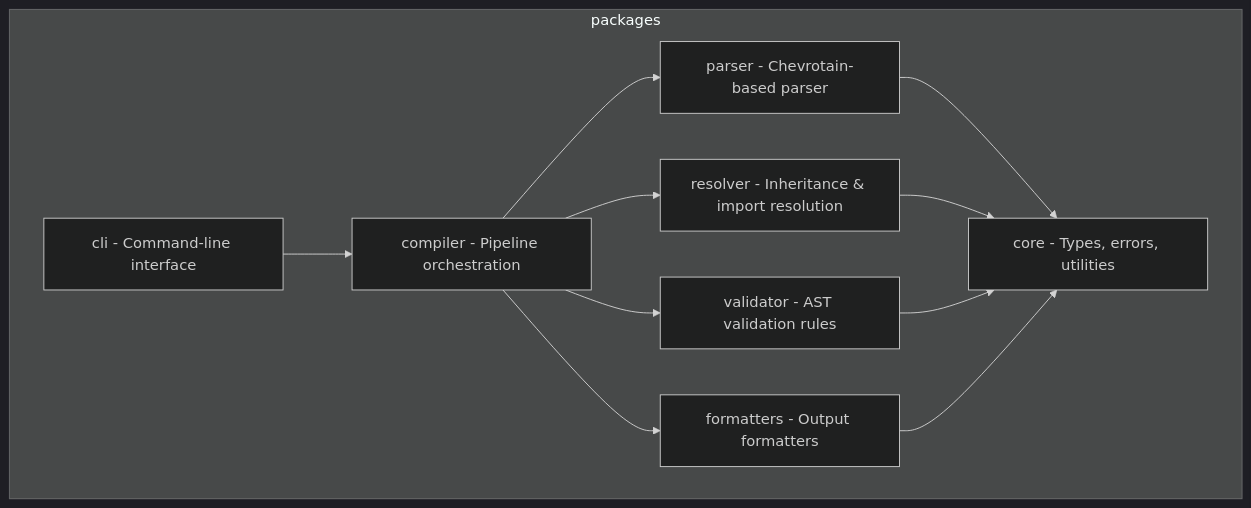
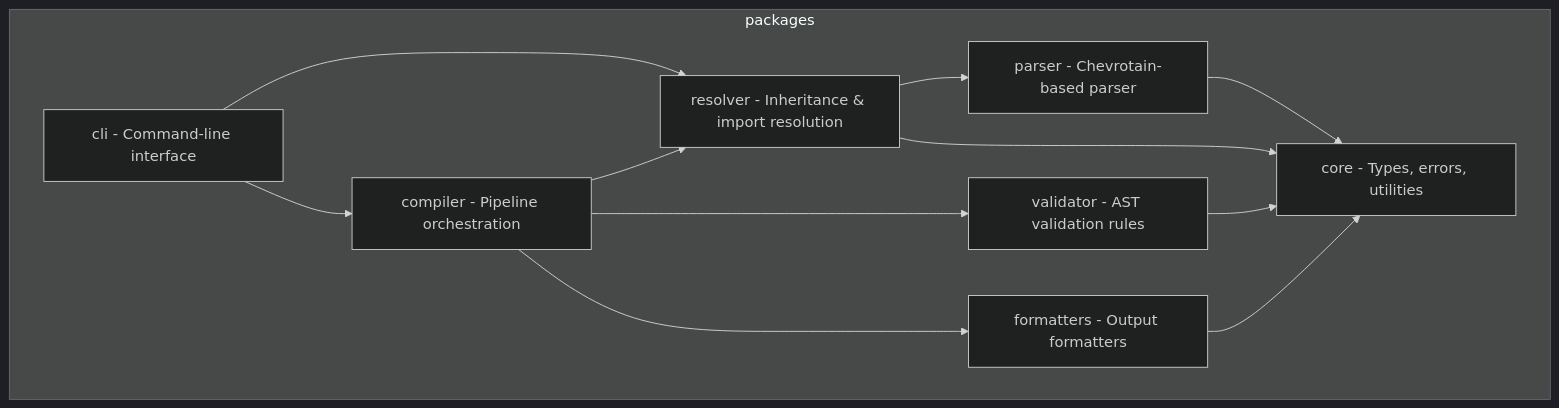
The first of 2 diagrams in .agent/rules/project.md (mrwogu/promptscript), drawn with Mermaid (dark theme) before and after one commit. The commit also changed other lines of this file and 4 other files, not shown here.

First line of the commit message:
fix(docs): correct architecture diagram dependencies

````diff
--- a/.agent/rules/project.md
+++ b/.agent/rules/project.md
@@ -66,22 +66,23 @@
 ```mermaid
 flowchart TB
   subgraph packages
     core[core - Types, errors, utilities]
     parser[parser - Chevrotain-based parser]
     resolver[resolver - Inheritance & import resolution]
     validator[validator - AST validation rules]
     compiler[compiler - Pipeline orchestration]
     formatters[formatters - Output formatters]
     cli[cli - Command-line interface]
   end
 
   cli --> compiler
-  compiler --> parser
+  cli --> resolver
   compiler --> resolver
   compiler --> validator
   compiler --> formatters
+  resolver --> parser
   parser --> core
   resolver --> core
   validator --> core
   formatters --> core
 ```
````
